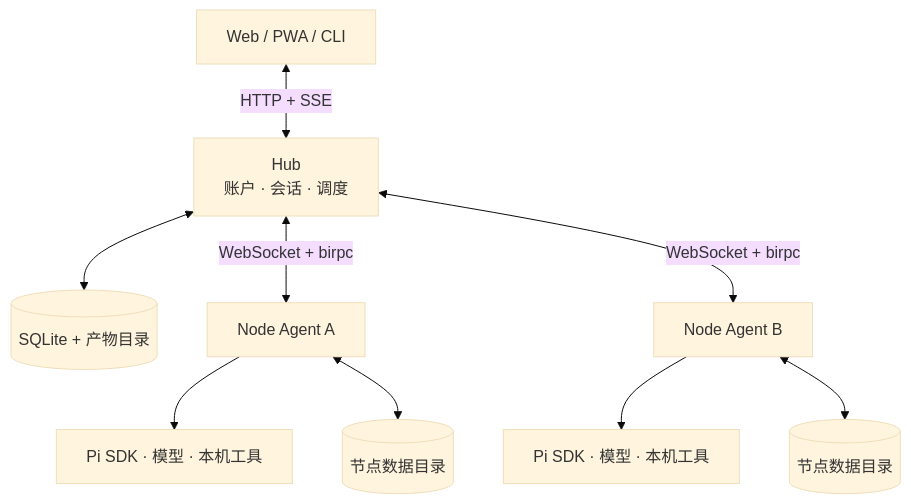
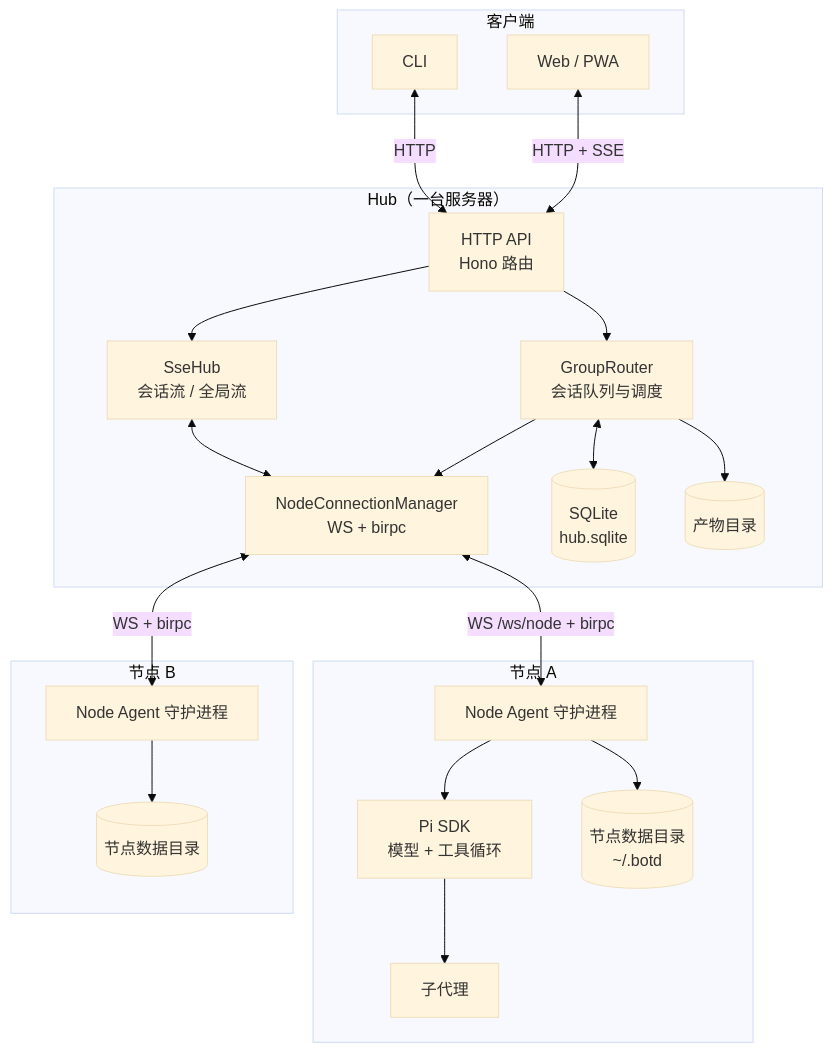
One commit to team4u/botd changed the first of 3 diagrams in docs/architecture.md. Above: the diagram before and after it, drawn with Mermaid (base theme). The commit also changed other lines of this file and 17 other files, not shown here.

````diff
--- a/docs/architecture.md
+++ b/docs/architecture.md
@@ -11,11 +11,40 @@
 ```mermaid
 flowchart TB
-    Web["Web / PWA / CLI"] <-->|"HTTP + SSE"| Hub["Hub<br/>账户 · 会话 · 调度"]
-    Hub <--> DB[("SQLite + 产物目录")]
-    Hub <-->|"WebSocket + birpc"| A["Node Agent A"]
-    Hub <-->|"WebSocket + birpc"| B["Node Agent B"]
-    A --> PA["Pi SDK · 模型 · 本机工具"]
-    B --> PB["Pi SDK · 模型 · 本机工具"]
-    A <--> FA[("节点数据目录")]
-    B <--> FB[("节点数据目录")]
+    subgraph 客户端
+        Web["Web / PWA"]
+        CLI["CLI"]
+    end
+    subgraph Hub["Hub（一台服务器）"]
+        HTTP["HTTP API<br/>Hono 路由"]
+        SSE["SseHub<br/>会话流 / 全局流"]
+        Router["GroupRouter<br/>会话队列与调度"]
+        WS["NodeConnectionManager<br/>WS + birpc"]
+        DB[("SQLite<br/>hub.sqlite")]
+        ART[("产物目录")]
+    end
+    subgraph NodeA["节点 A"]
+        DA["Node Agent 守护进程"]
+        PA["Pi SDK<br/>模型 + 工具循环"]
+        SA["子代理"]
+        FA[("节点数据目录<br/>~/.botd")]
+    end
+    subgraph NodeB["节点 B"]
+        DB2["Node Agent 守护进程"]
+        FB[("节点数据目录")]
+    end
+
+    Web <-->|"HTTP + SSE"| HTTP
+    CLI <-->|"HTTP"| HTTP
+    HTTP --> Router
+    HTTP --> SSE
+    Router --> WS
+    SSE <--> WS
+    Router <--> DB
+    WS <-->|"WS /ws/node + birpc"| DA
+    DA --> PA
+    PA --> SA
+    DA --> FA
+    WS <-->|"WS + birpc"| DB2
+    DB2 --> FB
+    Router --> ART
 ```
````
